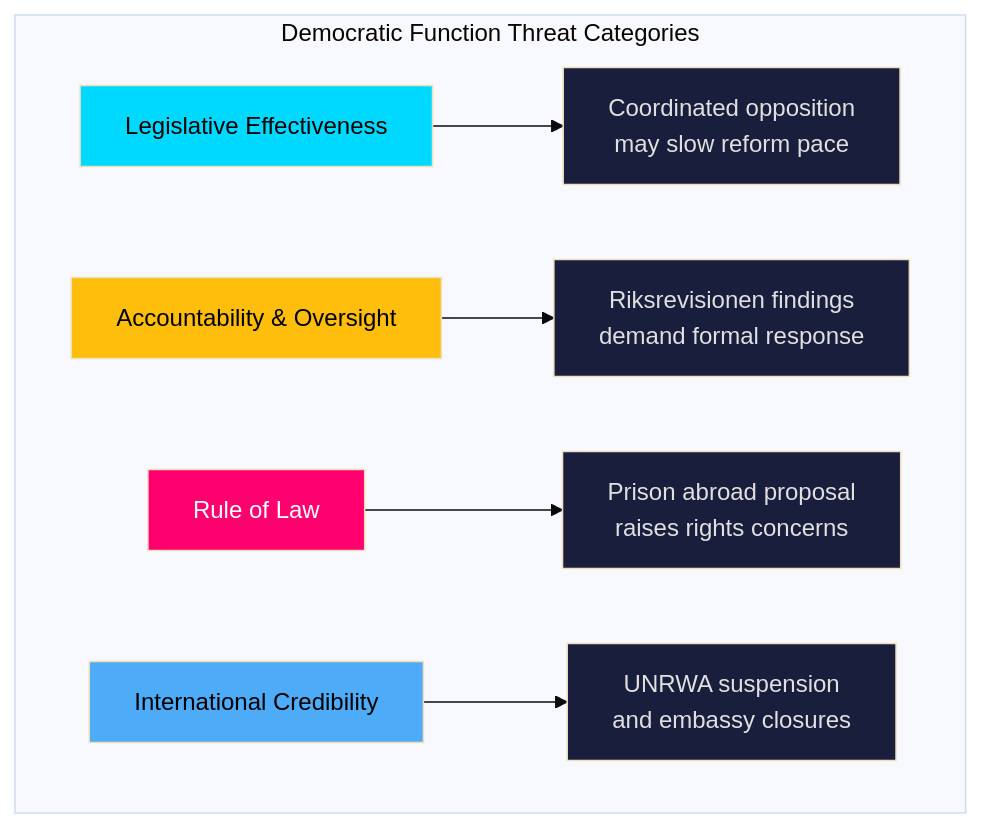
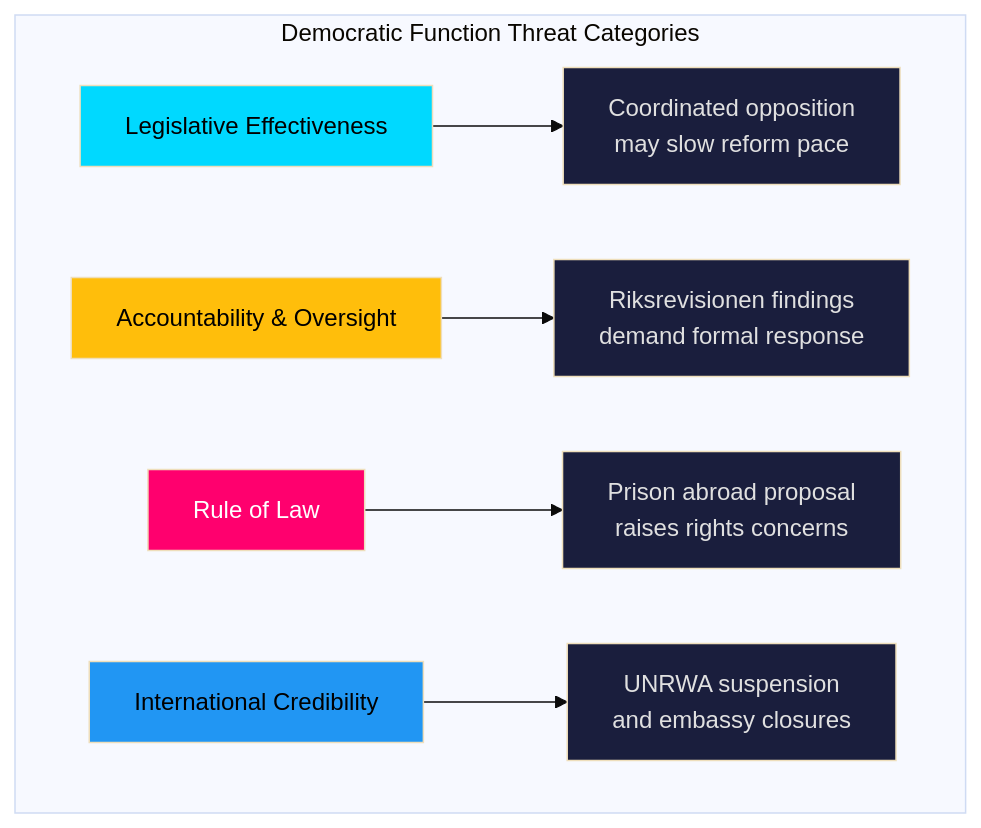
One commit to Hack23/riksdagsmonitor changed the diagram in analysis/daily/2026-04-08/motions/threat-analysis.md. Above: the diagram before and after it, drawn with Mermaid (base theme). The commit also changed 785 other files, not shown here.

First line of the commit message:
Normalize mermaid colors across 786 analysis artifacts to ISMS Style Guide palette

````diff
--- a/analysis/daily/2026-04-08/motions/threat-analysis.md
+++ b/analysis/daily/2026-04-08/motions/threat-analysis.md
@@ -14,18 +14,18 @@
 ```mermaid
 graph TD
     subgraph "Democratic Function Threat Categories"
         A["Legislative Effectiveness"] --> A1["Coordinated opposition<br/>may slow reform pace"]
         B["Accountability & Oversight"] --> B1["Riksrevisionen findings<br/>demand formal response"]
         C["Rule of Law"] --> C1["Prison abroad proposal<br/>raises rights concerns"]
         D["International Credibility"] --> D1["UNRWA suspension<br/>and embassy closures"]
     end
     
-    style A fill:#00d9ff,color:#000
-    style B fill:#ffbe0b,color:#000
-    style C fill:#ff006e,color:#fff
-    style D fill:#4dabf7,color:#000
+    style A fill:#00d9ff,color:#000000
+    style B fill:#ffbe0b,color:#000000
+    style C fill:#ff006e,color:#FFFFFF
+    style D fill:#2196F3,color:#000000
     style A1 fill:#1a1e3d,color:#e0e0e0
     style B1 fill:#1a1e3d,color:#e0e0e0
     style C1 fill:#1a1e3d,color:#e0e0e0
     style D1 fill:#1a1e3d,color:#e0e0e0
 ```
````
